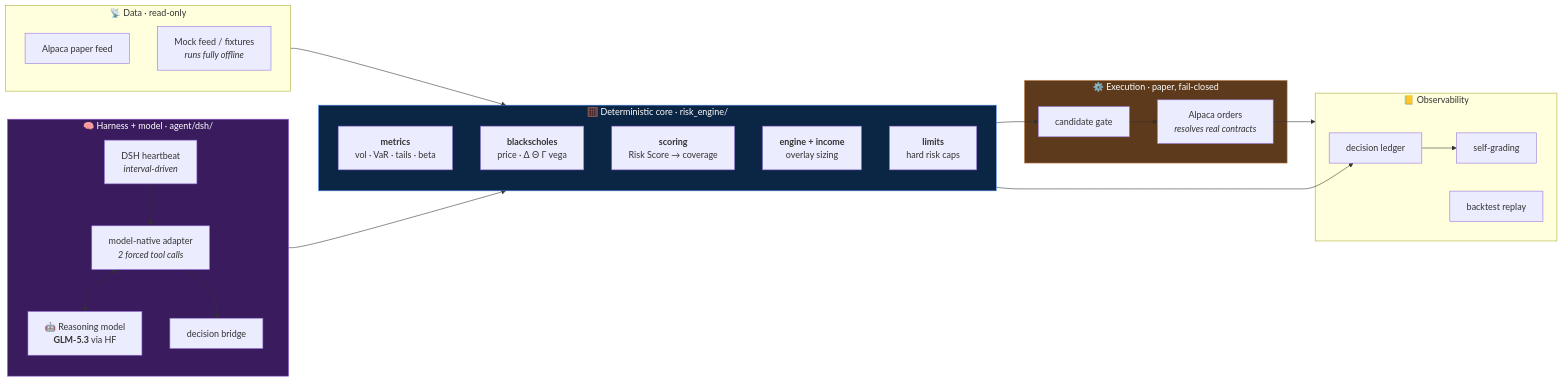
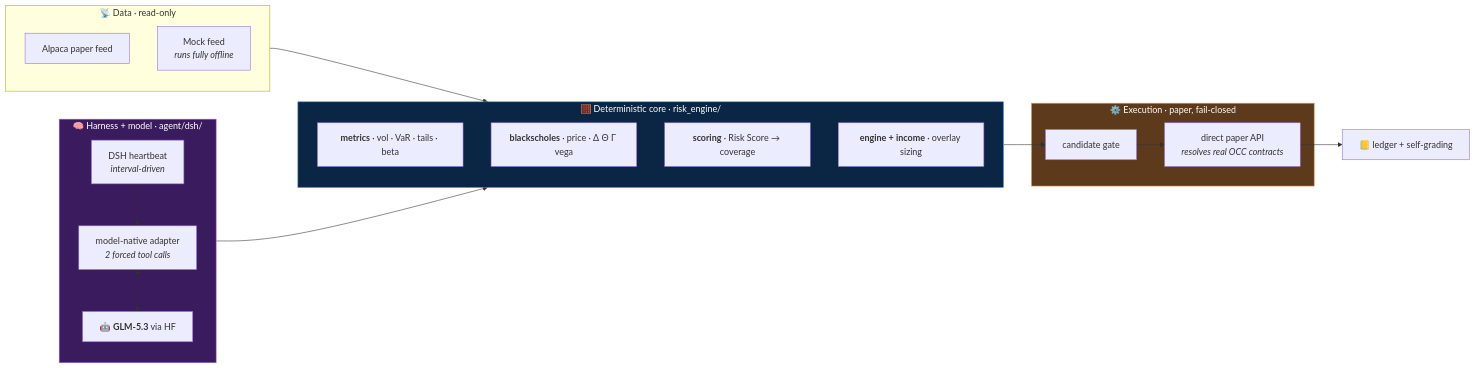
Before and after one commit to chiragshah2357/Alpaca-Trading-Hackathon-Final: the first of 6 diagrams in README.md, drawn with Mermaid. The commit also changed other lines of this file and 29 other files, not shown here.

````diff
--- a/README.md
+++ b/README.md
@@ -77,48 +38,32 @@
 ```mermaid
 flowchart LR
     subgraph DATA["📡 Data · read-only"]
         A1["Alpaca paper feed"]
-        A2["Mock feed / fixtures<br/><i>runs fully offline</i>"]
+        A2["Mock feed<br/><i>runs fully offline</i>"]
     end
-
     subgraph CORE["🧮 Deterministic core · risk_engine/"]
         direction TB
-        C1["<b>metrics</b><br/>vol · VaR · tails · beta"]
-        C2["<b>blackscholes</b><br/>price · Δ Θ Γ vega"]
-        C3["<b>scoring</b><br/>Risk Score → coverage"]
-        C4["<b>engine + income</b><br/>overlay sizing"]
-        C5["<b>limits</b><br/>hard risk caps"]
+        C1["<b>metrics</b> · vol · VaR · tails · beta"]
+        C2["<b>blackscholes</b> · price · Δ Θ Γ vega"]
+        C3["<b>scoring</b> · Risk Score → coverage"]
+        C4["<b>engine + income</b> · overlay sizing"]
     end
-
     subgraph BRAIN["🧠 Harness + model · agent/dsh/"]
         direction TB
         B1["DSH heartbeat<br/><i>interval-driven</i>"]
         B2["model-native adapter<br/><i>2 forced tool calls</i>"]
-        B3["decision bridge"]
-        B4["🤖 Reasoning model<br/><b>GLM-5.3</b> via HF"]
+        B4["🤖 <b>GLM-5.3</b> via HF"]
     end
-
     subgraph EXEC["⚙️ Execution · paper, fail-closed"]
         E1["candidate gate"]
-        E2["Alpaca orders<br/><i>resolves real contracts</i>"]
+        E2["direct paper API<br/><i>resolves real OCC contracts</i>"]
     end
-
-    subgraph OBS["📒 Observability"]
-        O1["decision ledger"]
-        O2["self-grading"]
-        O3["backtest replay"]
-    end
-
     DATA --> CORE
     B1 --> B2
     B2 <--> B4
-    B2 --> B3 --> CORE
-    CORE --> E1 --> E2
-    E2 --> OBS
-    CORE --> O1
-    O1 --> O2
-
+    B2 --> CORE
+    CORE --> E1 --> E2 --> O1["📒 ledger + self-grading"]
     style CORE fill:#0b2545,stroke:#4d8bf0,color:#fff
     style BRAIN fill:#3a1c5e,stroke:#a06be0,color:#fff
     style EXEC fill:#5e3a1c,stroke:#e0a06b,color:#fff
 ```
````
